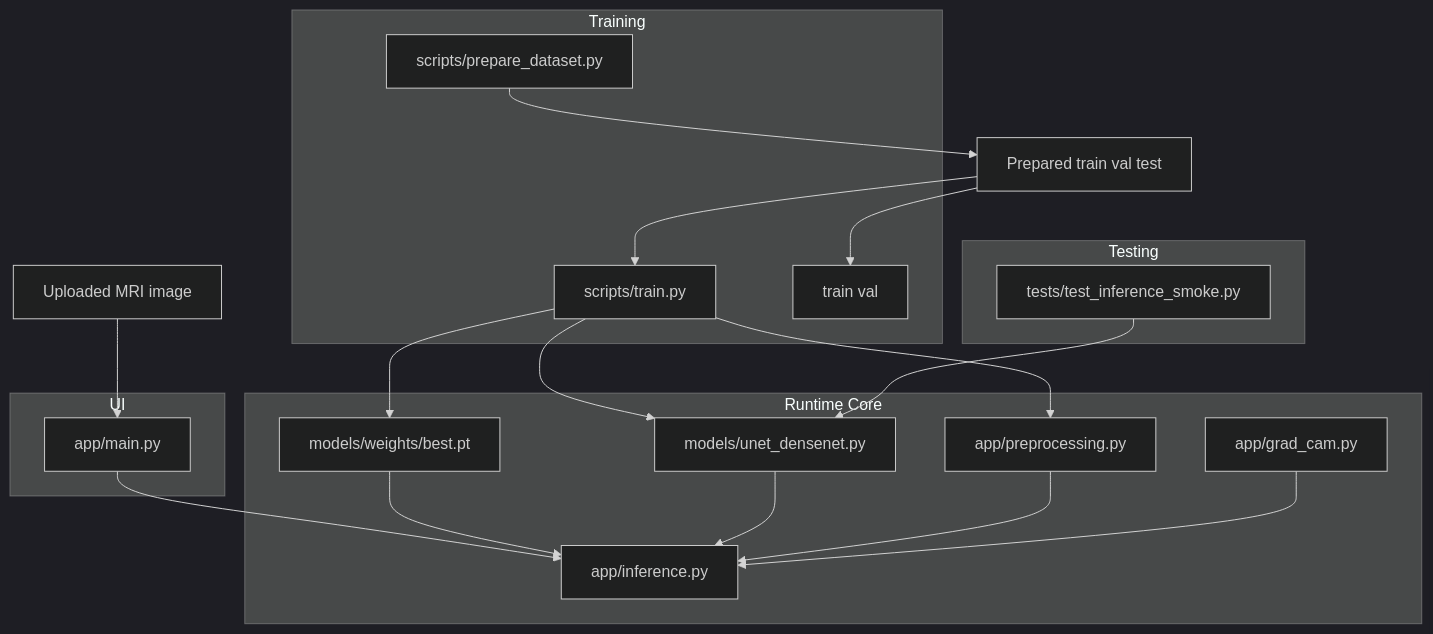
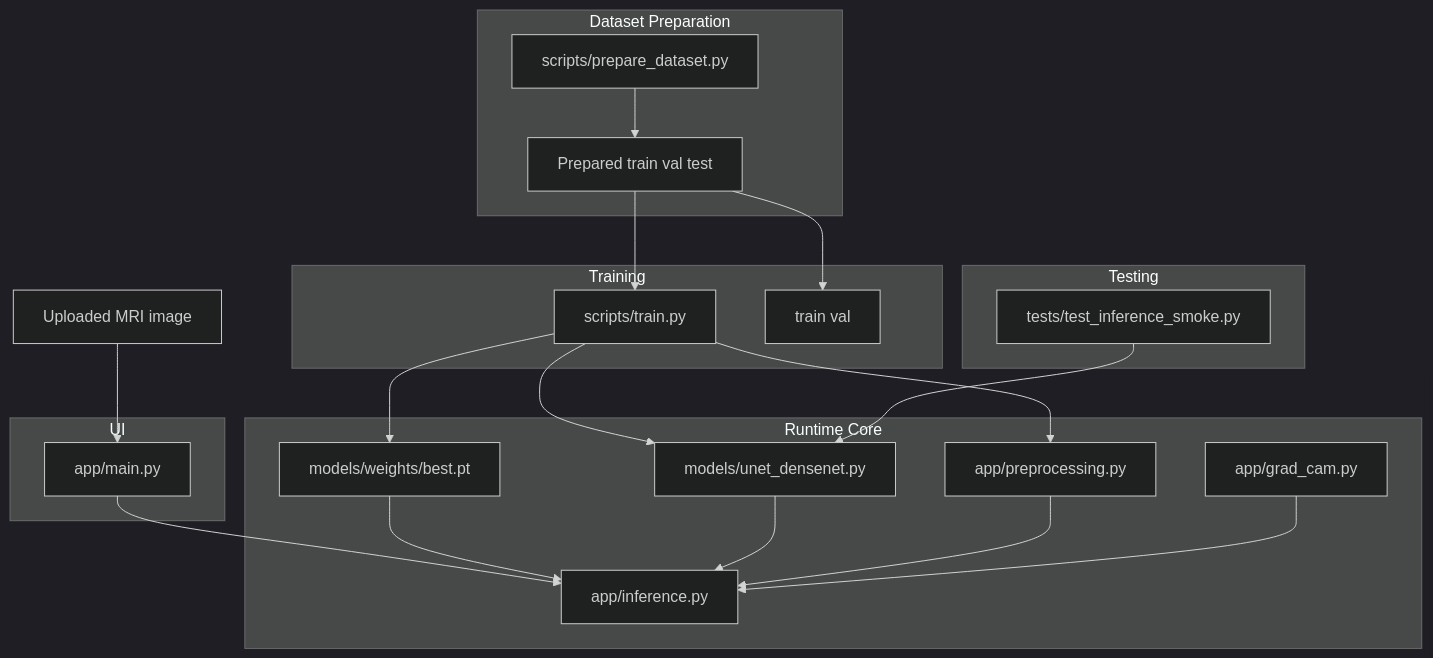
One commit to chempananickal/Tumor_Classifier changed the first of 2 diagrams in docs/architecture.md. Above: the diagram before and after it, drawn with Mermaid (dark theme).

Commit message:
docs:dataset prep

````diff
--- a/docs/architecture.md
+++ b/docs/architecture.md
@@ -18,34 +18,37 @@
 ```mermaid
 graph TD
   U[Uploaded MRI image] --> M[app/main.py]
   M --> IE[app/inference.py]
   CKPT[models/weights/best.pt] --> IE
   MOD[models/unet_densenet.py] --> IE
   PREP[app/preprocessing.py] --> IE
   GC[app/grad_cam.py] --> IE
   TSP[scripts/train.py] --> CKPT
   TSP --> MOD
   TSP --> PREP
   PREPDS[scripts/prepare_dataset.py] --> DATA[Prepared train val test]
   DATA --> SUBSET[train val]
   DATA --> TSP
   TEST[tests/test_inference_smoke.py] --> MOD
+  subgraph Dataset Preparation
+    PREPDS
+    DATA
+  end
   subgraph Training
-    PREPDS
     SUBSET
     TSP
   end
   subgraph Runtime Core
     MOD
     PREP
     GC
     CKPT
     IE
   end
   subgraph UI
     M
   end
   subgraph Testing
     TEST
   end
 ```
````
